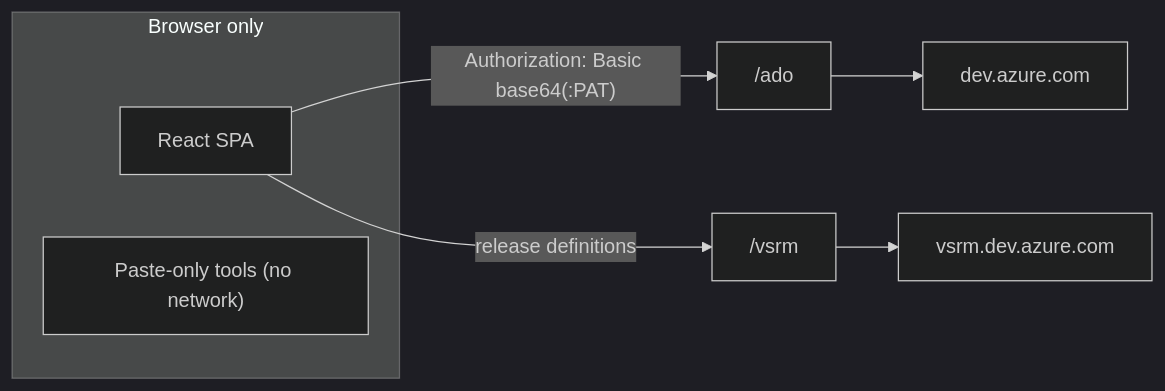
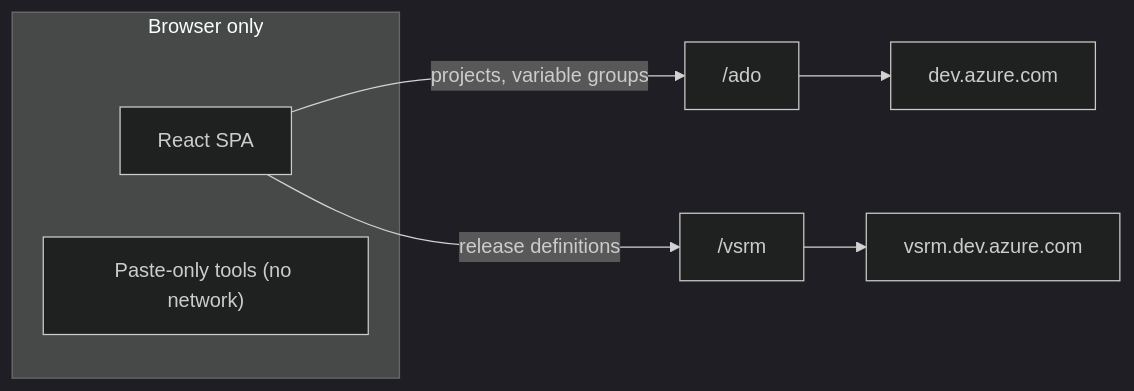
One commit to nishantxrana/tooldock changed the first of 2 diagrams in README.md. Above: the diagram before and after it, drawn with Mermaid (dark theme). The commit also changed other lines of this file and 32 other files, not shown here.

````diff
--- a/README.md
+++ b/README.md
@@ -16,11 +16,11 @@
 ```mermaid
 flowchart LR
   subgraph browserOnly [Browser only]
     SPA["React SPA"]
     Paste["Paste-only tools (no network)"]
   end
-  SPA -->|"Authorization: Basic base64(:PAT)"| AdoProxy["/ado"]
+  SPA -->|"projects, variable groups"| AdoProxy["/ado"]
   SPA -->|"release definitions"| VsrmProxy["/vsrm"]
   AdoProxy --> Ado["dev.azure.com"]
   VsrmProxy --> Vsrm["vsrm.dev.azure.com"]
 ```
````
